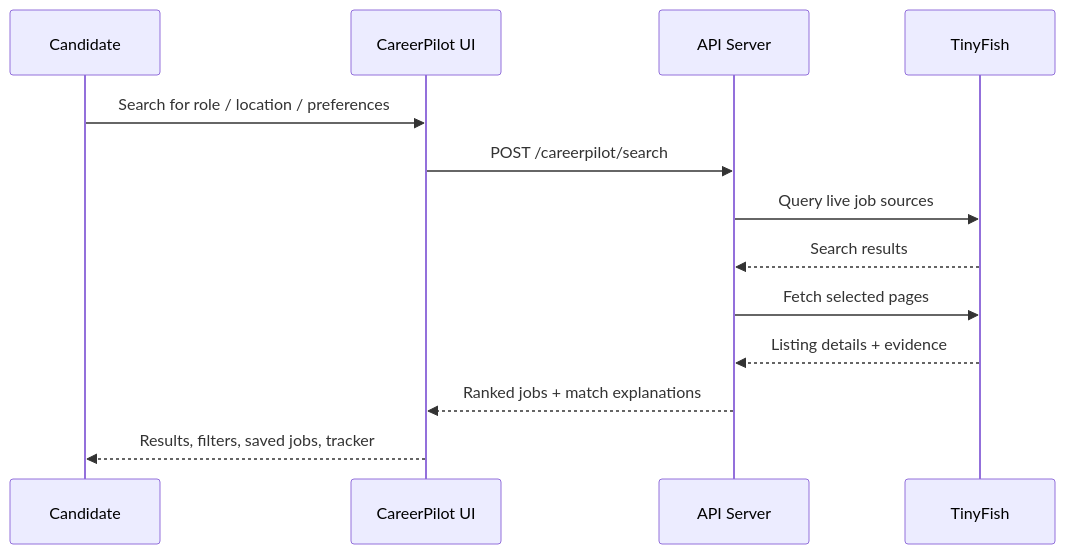
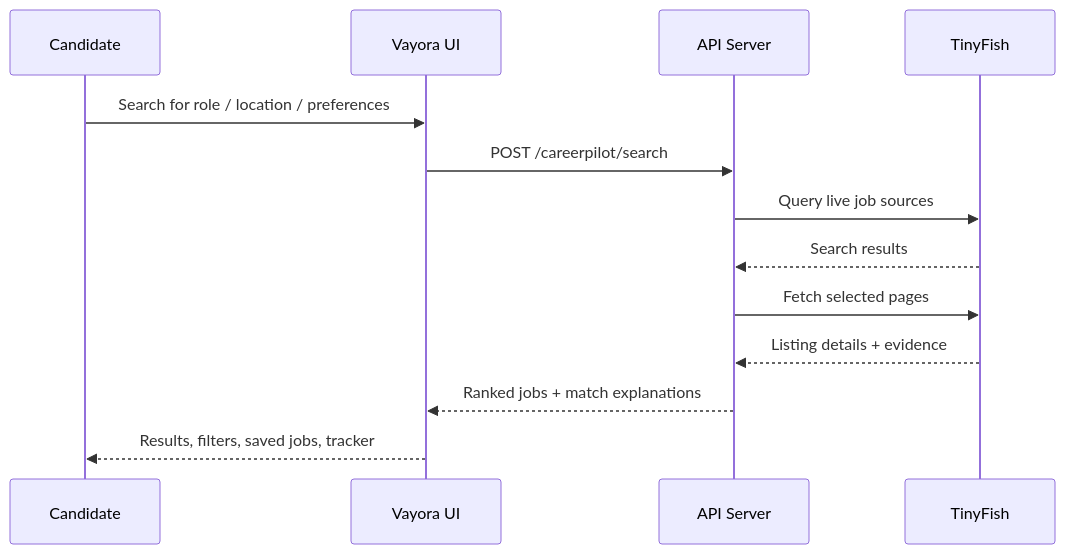
The second of 2 diagrams in README.md (vanshgoyal2007/Career-finder-new-byte-force-new-), drawn with Mermaid before and after one commit. The commit also changed other lines of this file and 43 other files, not shown here.

Commit message:
Add Vayora career profile workflows

````diff
--- a/README.md
+++ b/README.md
@@ -157,16 +159,16 @@
 ```mermaid
 sequenceDiagram
     participant User as Candidate
-    participant FE as CareerPilot UI
+    participant FE as Vayora UI
     participant API as API Server
     participant TF as TinyFish
 
     User->>FE: Search for role / location / preferences
     FE->>API: POST /careerpilot/search
     API->>TF: Query live job sources
     TF-->>API: Search results
     API->>TF: Fetch selected pages
     TF-->>API: Listing details + evidence
     API-->>FE: Ranked jobs + match explanations
     FE-->>User: Results, filters, saved jobs, tracker
 ```
````
